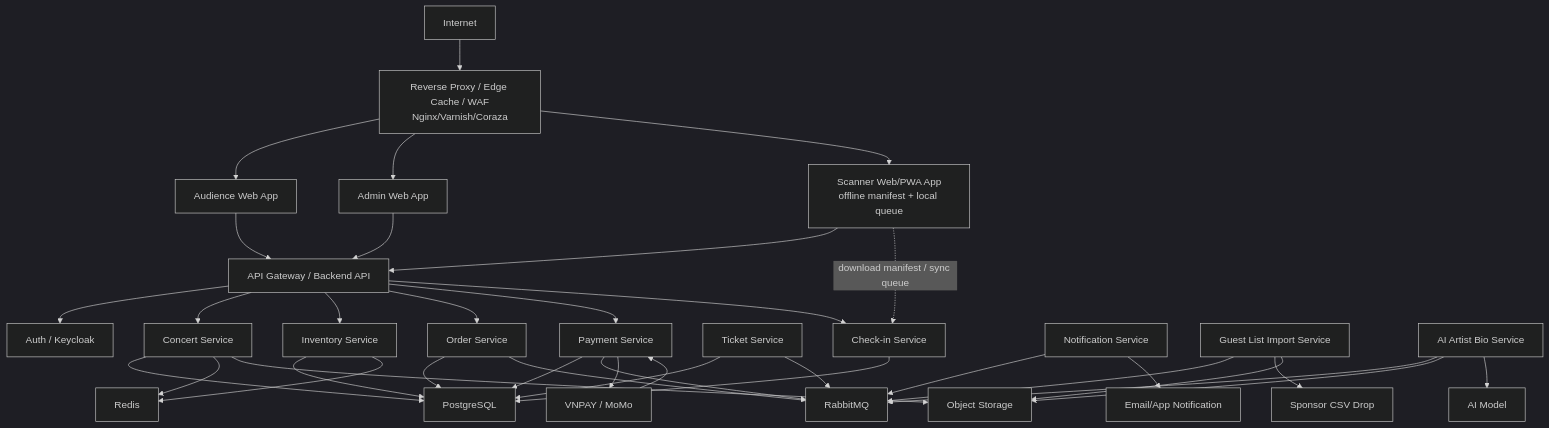
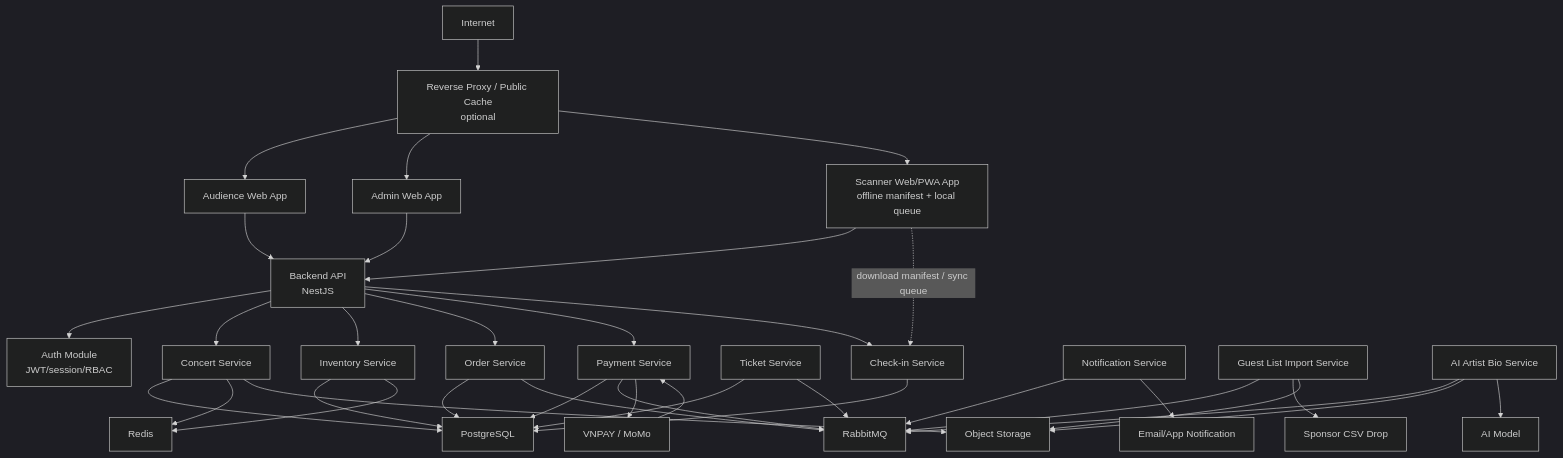
The first of 2 diagrams in blueprint/03-high-level-architecture.md (Toanapr/ticket-box), drawn with Mermaid (dark theme) before and after one commit. The commit also changed other lines of this file and 11 other files, not shown here.

Commit message:
refactor: update system design documentation and architecture diagrams for clarity and accuracy

````diff
--- a/blueprint/03-high-level-architecture.md
+++ b/blueprint/03-high-level-architecture.md
@@ -7,74 +7,74 @@
 ```mermaid
 flowchart TD
     Internet["Internet"]
-    Edge["Reverse Proxy / Edge Cache / WAF<br/>Nginx/Varnish/Coraza"]
-    Gateway["API Gateway / Backend API"]
+    Edge["Reverse Proxy / Public Cache<br/>optional"]
+    Gateway["Backend API<br/>NestJS"]
 
     AudienceWeb["Audience Web App"]
     AdminWeb["Admin Web App"]
     ScannerApp["Scanner Web/PWA App<br/>offline manifest + local queue"]
 
-    Auth["Auth / Keycloak"]
+    Auth["Auth Module<br/>JWT/session/RBAC"]
     Concert["Concert Service"]
     Inventory["Inventory Service"]
     Order["Order Service"]
     PaymentSvc["Payment Service"]
     Ticket["Ticket Service"]
     Checkin["Check-in Service"]
     Notify["Notification Service"]
     GuestImport["Guest List Import Service"]
     AIBio["AI Artist Bio Service"]
 
     Postgres["PostgreSQL"]
     Redis["Redis"]
     RabbitMQ["RabbitMQ"]
     Storage["Object Storage"]
 
     PaymentGateway["VNPAY / MoMo"]
     AIModel["AI Model"]
     CSVSource["Sponsor CSV Drop"]
     EmailProvider["Email/App Notification"]
 
     Internet --> Edge
     Edge --> AudienceWeb
     Edge --> AdminWeb
     Edge --> ScannerApp
 
     AudienceWeb --> Gateway
     AdminWeb --> Gateway
     ScannerApp --> Gateway
 
     Gateway --> Auth
     Gateway --> Concert
     Gateway --> Inventory
     Gateway --> Order
     Gateway --> PaymentSvc
     Gateway --> Checkin
 
     Concert --> Postgres
     Concert --> Redis
     Concert --> Storage
     Inventory --> Postgres
     Inventory --> Redis
     Order --> Postgres
     PaymentSvc --> Postgres
     Ticket --> Postgres
     Checkin --> Postgres
 
     Order --> RabbitMQ
     PaymentSvc --> RabbitMQ
     Ticket --> RabbitMQ
     GuestImport --> RabbitMQ
     AIBio --> RabbitMQ
     Notify --> RabbitMQ
 
     PaymentSvc --> PaymentGateway
     PaymentGateway --> PaymentSvc
     Notify --> EmailProvider
     GuestImport --> CSVSource
     GuestImport --> Storage
     AIBio --> Storage
     AIBio --> AIModel
 
     ScannerApp -. "download manifest / sync queue" .-> Checkin
 ```
````
